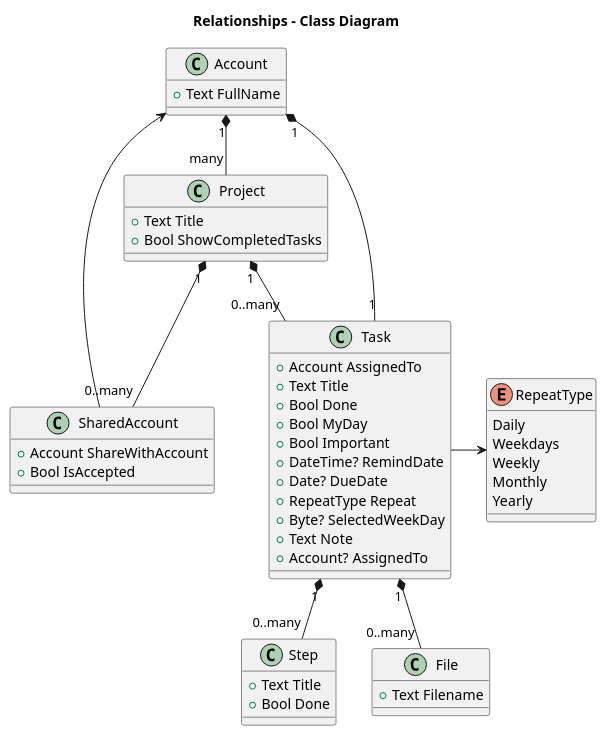
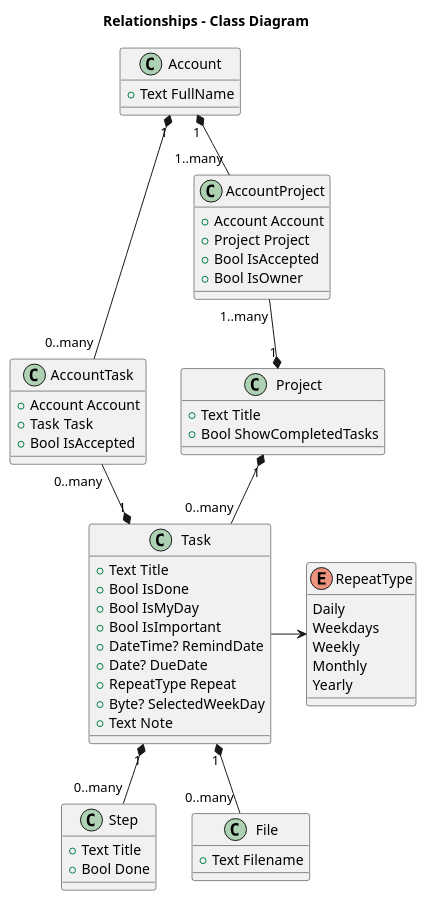
The diagram in Model/Model.puml (Task-Manager-Software/Documents), drawn with PlantUML before and after one commit.

```diff
--- a/Model/Model.puml
+++ b/Model/Model.puml
@@ -1,58 +1,68 @@
 @startuml
 title Relationships - Class Diagram
 
 class Account {
     +Text FullName    
 }
 
 class Project {
     +Text Title
     +Bool ShowCompletedTasks
 }
 
-class SharedAccount {
-    +Account ShareWithAccount
+class AccountProject {
+    +Account Account
+    +Project Project
+    +Bool IsAccepted
+    +Bool IsOwner
+}
+
+class AccountTask {
+    +Account Account
+    +Task Task
     +Bool IsAccepted
 }
 
+
 class Task {
-    +Account AssignedTo
     +Text Title
-    +Bool Done
-    +Bool MyDay
-    +Bool Important
+    +Bool IsDone
+    +Bool IsMyDay
+    +Bool IsImportant
     +DateTime? RemindDate
     +Date? DueDate
     +RepeatType Repeat
     +Byte? SelectedWeekDay
     +Text Note
-    +Account? AssignedTo 
 }
 
 class Step {
     +Text Title
     +Bool Done
 }
 
 class File {
     +Text Filename
 }
 
 enum RepeatType{
     Daily
     Weekdays
     Weekly
     Monthly
     Yearly
 }
 
-Account "1" *-down- "many" Project
+Account "1" *-down- "1..many" AccountProject
+Project "1" *-up- "1..many" AccountProject
+
+Account "1" *-down- "0..many" AccountTask
+Task    "1" *-up- "0..many" AccountTask
+
 Project "1" *-down- "0..many" Task
-Project "1" *-down- "0..many" SharedAccount
-Account "1" *-down- "1" Task
+
 Task "1" *-down- "0..many" File
 Task "1" *-down- "0..many" Step
 Task -> RepeatType
-SharedAccount -> Account
 
 @enduml
```
